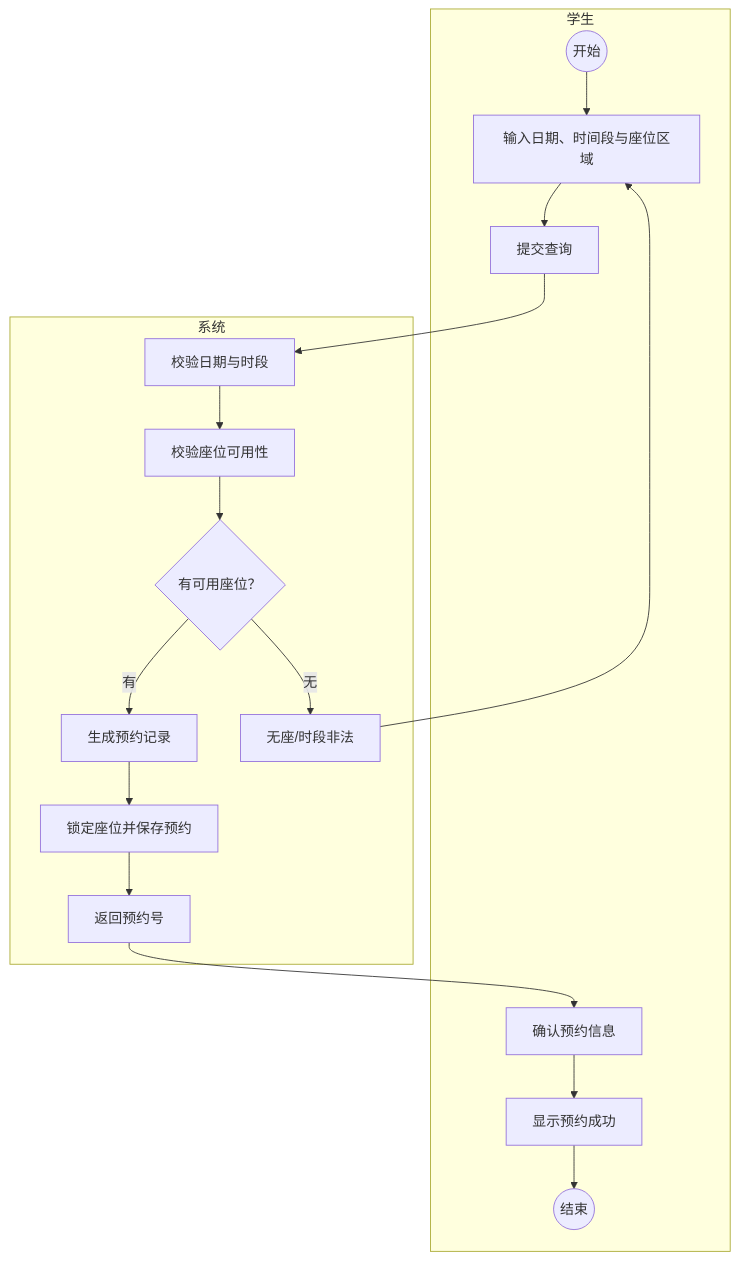
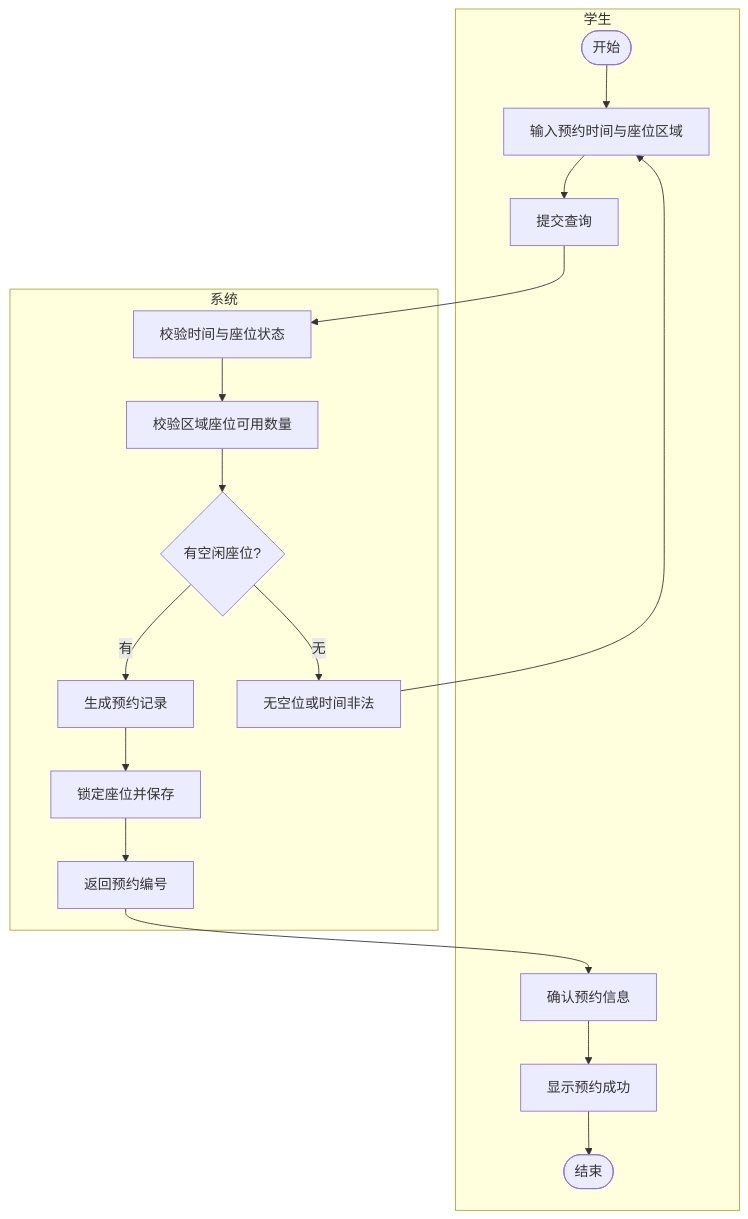
Before and after one commit to STU-team/Study_Room_Reservation: the diagram in docs/reports/CIM建模说明.md, drawn with Mermaid. The commit also changed 3 other files, not shown here.

First line of the commit message:
修复Mermaid渲染+分工文件改名+实验1报告更新

````diff
--- a/docs/reports/CIM建模说明.md
+++ b/docs/reports/CIM建模说明.md
@@ -45,22 +45,20 @@
 ```mermaid
-flowchart TD
+graph TD
     subgraph STU["学生"]
-        S((开始)) --> A1["输入日期、时间段与座位区域"]
+        S(["开始"]) --> A1["输入预约时间与座位区域"]
         A1 --> A2["提交查询"]
         A6["确认预约信息"] --> A7["显示预约成功"]
-        A7 --> E((结束))
+        A7 --> E(["结束"])
     end
-
     subgraph SYS["系统"]
-        B1["校验日期与时段"] --> B2["校验座位可用性"]
-        B2 --> D{"有可用座位？"}
+        B1["校验时间与座位状态"] --> B2["校验区域座位可用数量"]
+        B2 --> D{"有空闲座位?"}
         D -->|有| B3["生成预约记录"]
-        B3 --> B4["锁定座位并保存预约"]
-        B4 --> B5["返回预约号"]
-        D -->|无| B6["无座/时段非法"]
+        B3 --> B4["锁定座位并保存"]
+        B4 --> B5["返回预约编号"]
+        D -->|无| B6["无空位或时间非法"]
     end
-
     A2 --> B1
     B6 --> A1
     B5 --> A6
 ```
````
